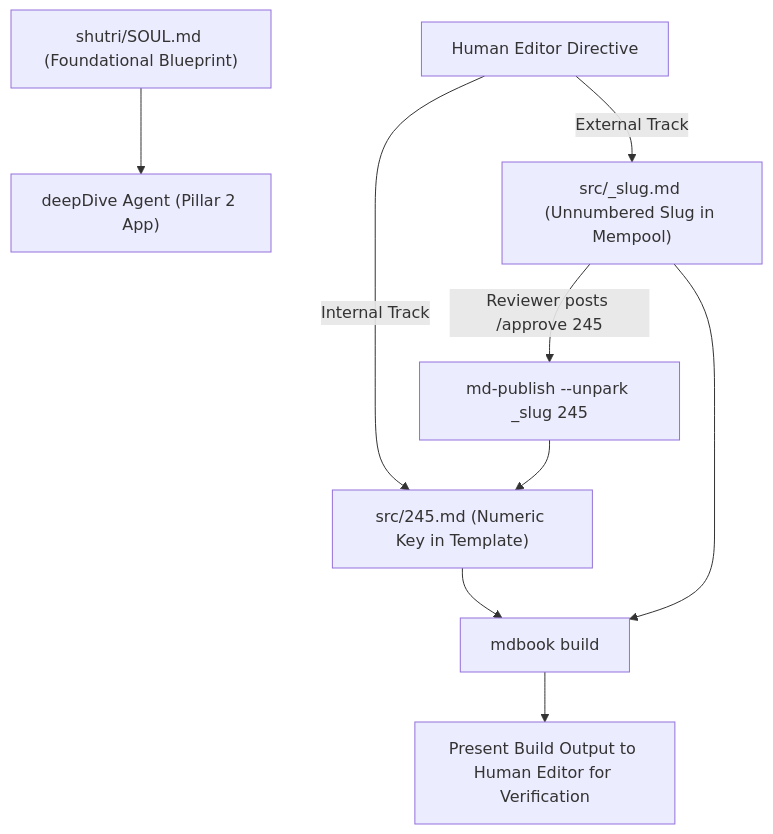
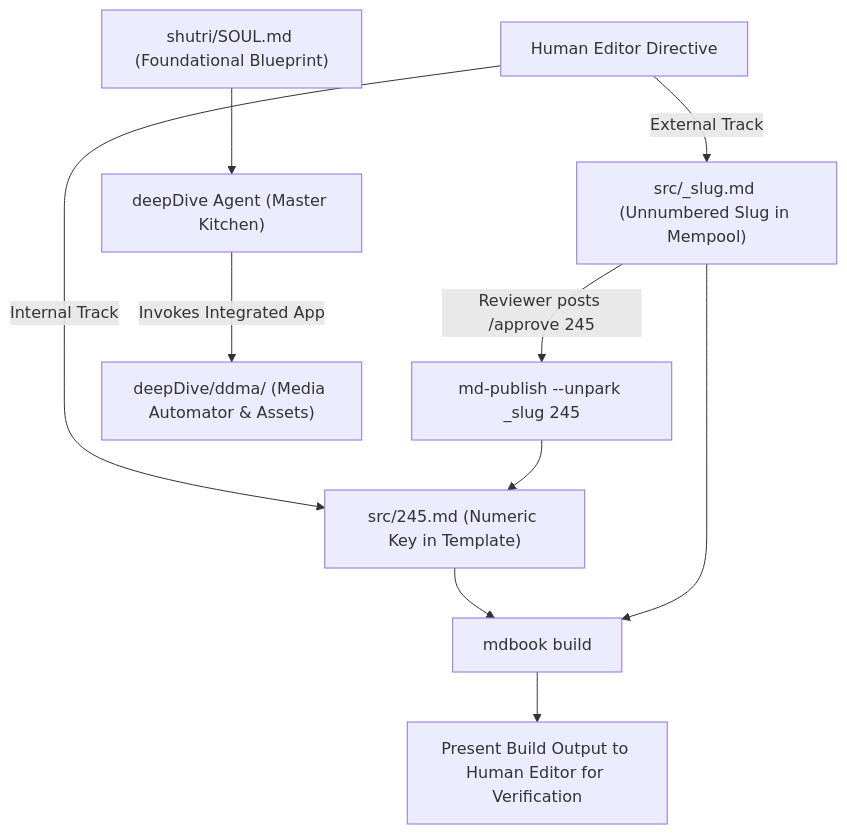
The diagram in AGENTS.md (ashutoshmjain/deepDive), drawn with Mermaid before and after one commit. The commit also changed other lines of this file and 135 other files, not shown here.

Commit message:
Integrate DDMA media application and asset kitchen into deepDive/ddma/

````diff
--- a/AGENTS.md
+++ b/AGENTS.md
@@ -13,11 +15,12 @@
 ```mermaid
 graph TD
-    SOUL["shutri/SOUL.md (Foundational Blueprint)"] --> DD["deepDive Agent (Pillar 2 App)"]
+    SOUL["shutri/SOUL.md (Foundational Blueprint)"] --> DD["deepDive Agent (Master Kitchen)"]
     Direct["Human Editor Directive"] -->|Internal Track| Template["src/245.md (Numeric Key in Template)"]
     Direct -->|External Track| Mempool["src/_slug.md (Unnumbered Slug in Mempool)"]
     Template --> Build["mdbook build"]
     Mempool --> Build
     Build --> Verify["Present Build Output to Human Editor for Verification"]
     Mempool -->|Reviewer posts /approve 245| Unpark["md-publish --unpark _slug 245"]
     Unpark --> Template
+    DD -->|Invokes Integrated App| DDMA["deepDive/ddma/ (Media Automator & Assets)"]
 ```
````
